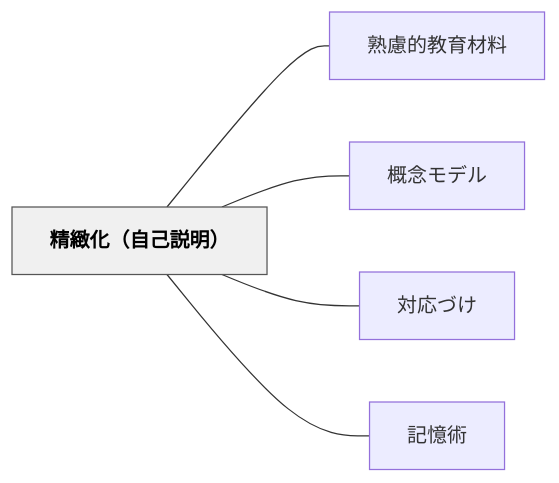
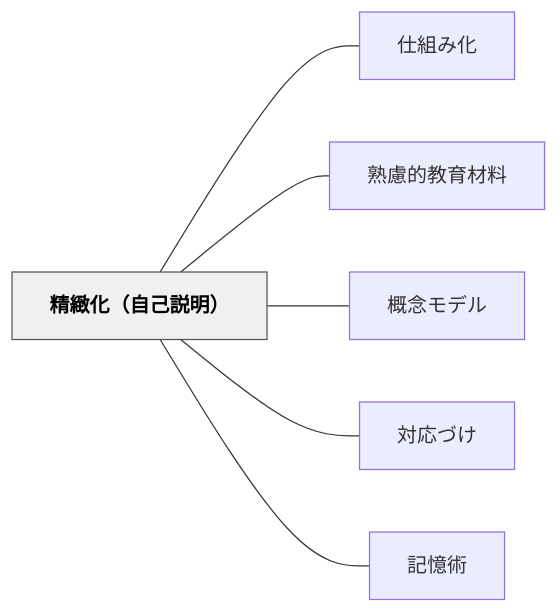
Before and after one commit to unknownthings-ed-patterns/unknownthings-ed-patterns: the diagram in content/パタン/精緻化（自己説明）.md, drawn with Mermaid. The commit also changed other lines of this file and 473 other files, not shown here.

````diff
--- a/content/パタン/精緻化（自己説明）.md
+++ b/content/パタン/精緻化（自己説明）.md
@@ -45,16 +46,18 @@
 ```mermaid
 flowchart LR
     ne7b2bee7b7bb["精緻化（自己説明）"]
+    ne4bb95e7b584["仕組み化"]
     ne7869fe685ae["熟慮的教育材料"]
     ne6a682e5bfb5["概念モデル"]
     ne5afbee5bf9c["対応づけ"]
     ne8a898e686b6["記憶術"]
 
+    ne7b2bee7b7bb --- ne4bb95e7b584
     ne7b2bee7b7bb --- ne7869fe685ae
     ne7b2bee7b7bb --- ne6a682e5bfb5
     ne7b2bee7b7bb --- ne5afbee5bf9c
     ne7b2bee7b7bb --- ne8a898e686b6
 
     classDef hub fill:#f0f0f0,stroke:#555,color:#000,font-weight:bold
     class ne7b2bee7b7bb hub
 ```
````
